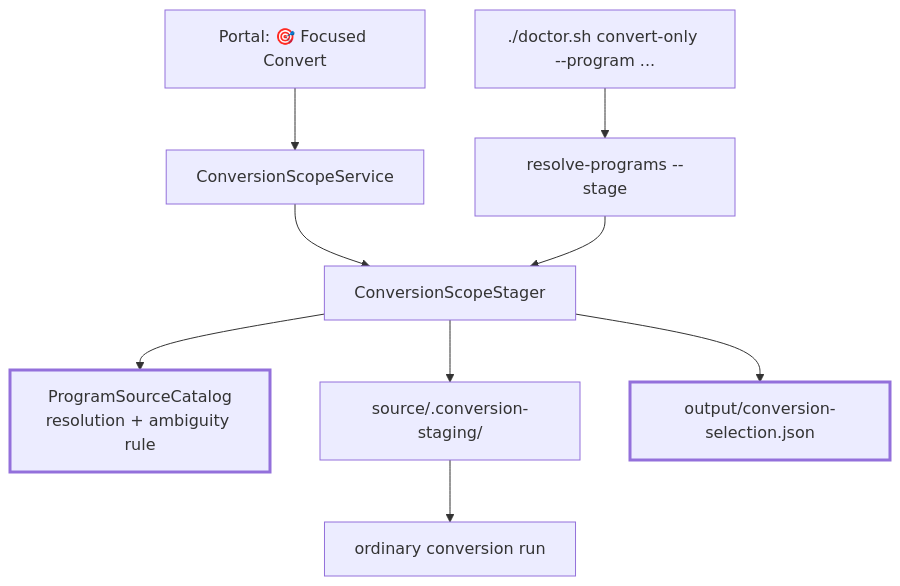
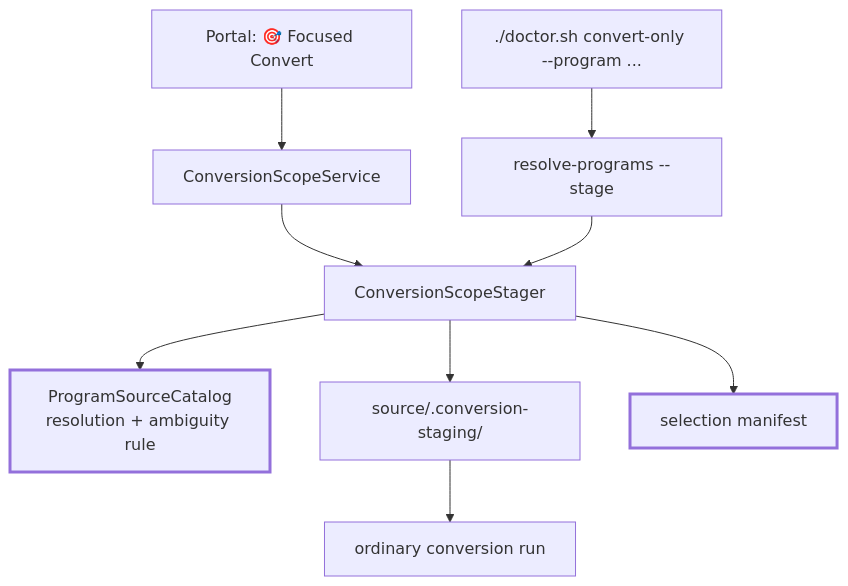
One commit to Azure-Samples/Legacy-Modernization-Agents changed the second of 2 diagrams in docs/focused-conversion-selectors.md. Above: the diagram before and after it, drawn with Mermaid. The commit also changed other lines of this file and 7 other files, not shown here.

````diff
--- a/docs/focused-conversion-selectors.md
+++ b/docs/focused-conversion-selectors.md
@@ -68,14 +68,14 @@
 ```mermaid
 flowchart TD
     CLI["./doctor.sh convert-only --program ..."] --> RP
     Portal["Portal: 🎯 Focused Convert"] --> CSS["ConversionScopeService"]
     CSS --> Stager
     RP["resolve-programs --stage"] --> Stager["ConversionScopeStager"]
     Stager --> Cat["ProgramSourceCatalog<br/>resolution + ambiguity rule"]
     Stager --> Staged["source/.conversion-staging/"]
-    Stager --> Man["output/conversion-selection.json"]
+    Stager --> Man["selection manifest"]
     Staged --> Run["ordinary conversion run"]
 
     style Cat stroke-width:3px
     style Man stroke-width:3px
 ```
````
